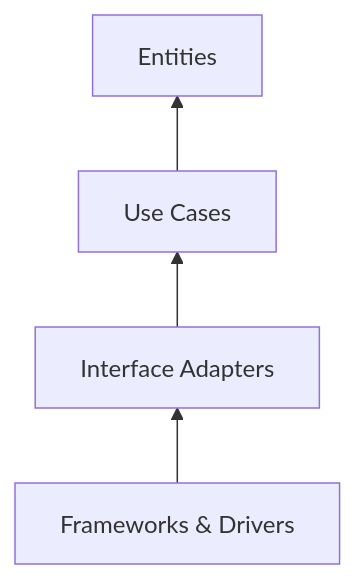
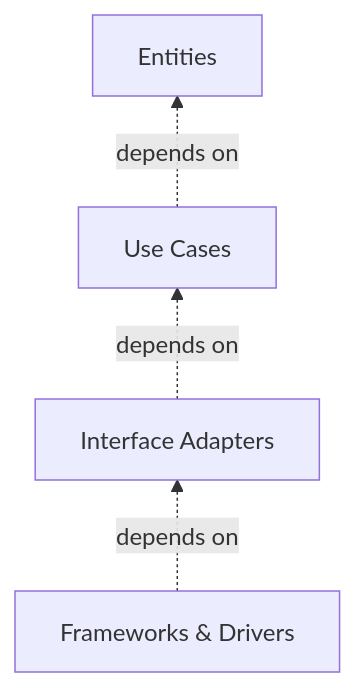
Before and after one commit to AndresTaoFlorez/software-architecture: the second of 6 diagrams in clean-architecture/README.md, drawn with Mermaid. The commit also changed other lines of this file and 21 other files, not shown here.

````diff
--- a/clean-architecture/README.md
+++ b/clean-architecture/README.md
@@ -81,11 +81,11 @@
 ```mermaid
 flowchart BT
     F["Frameworks & Drivers"]
     IA["Interface Adapters"]
     UC["Use Cases"]
     E["Entities"]
 
-    F --> IA
-    IA --> UC
-    UC --> E
+    F -. "depends on" .-> IA
+    IA -. "depends on" .-> UC
+    UC -. "depends on" .-> E
 ```
````
